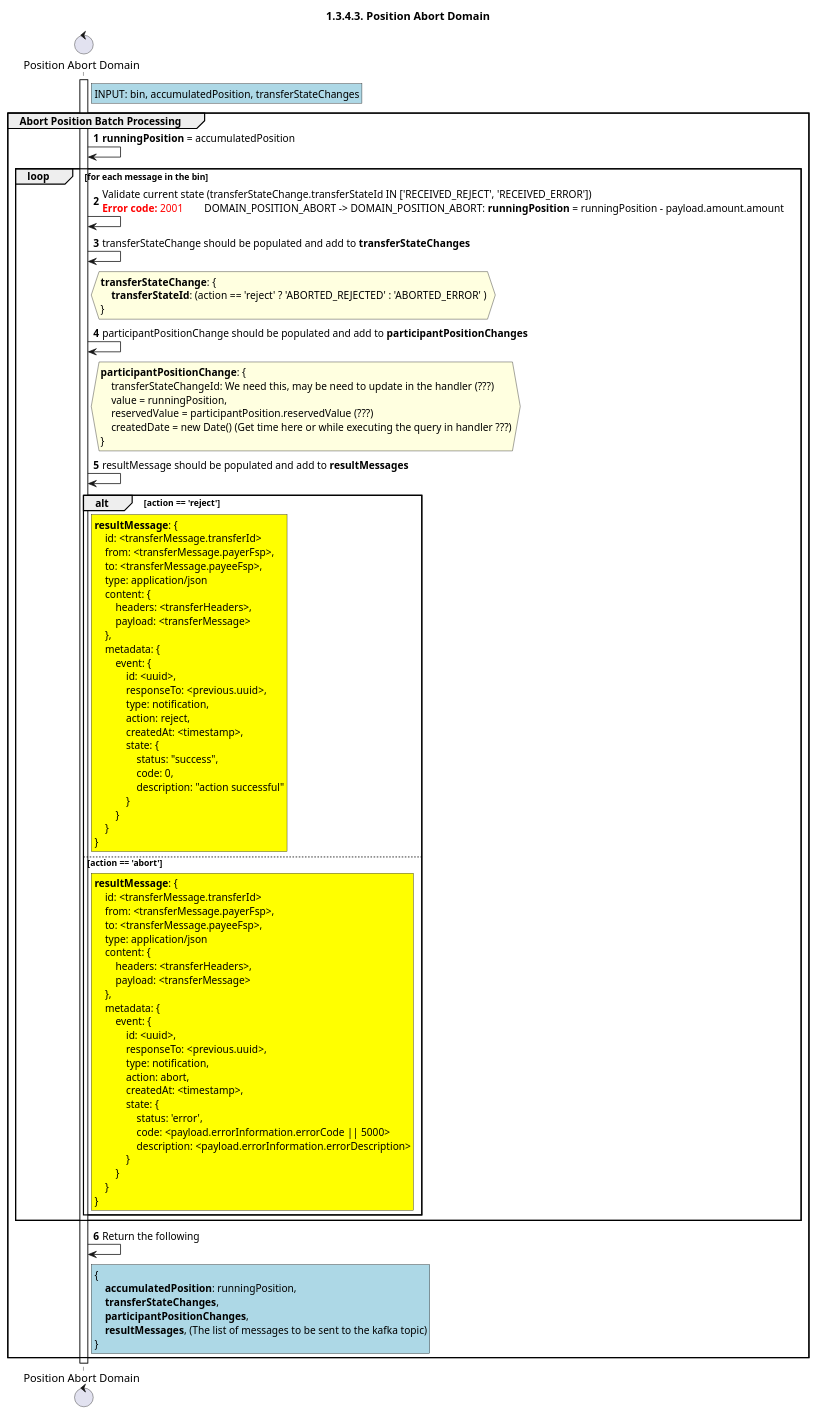
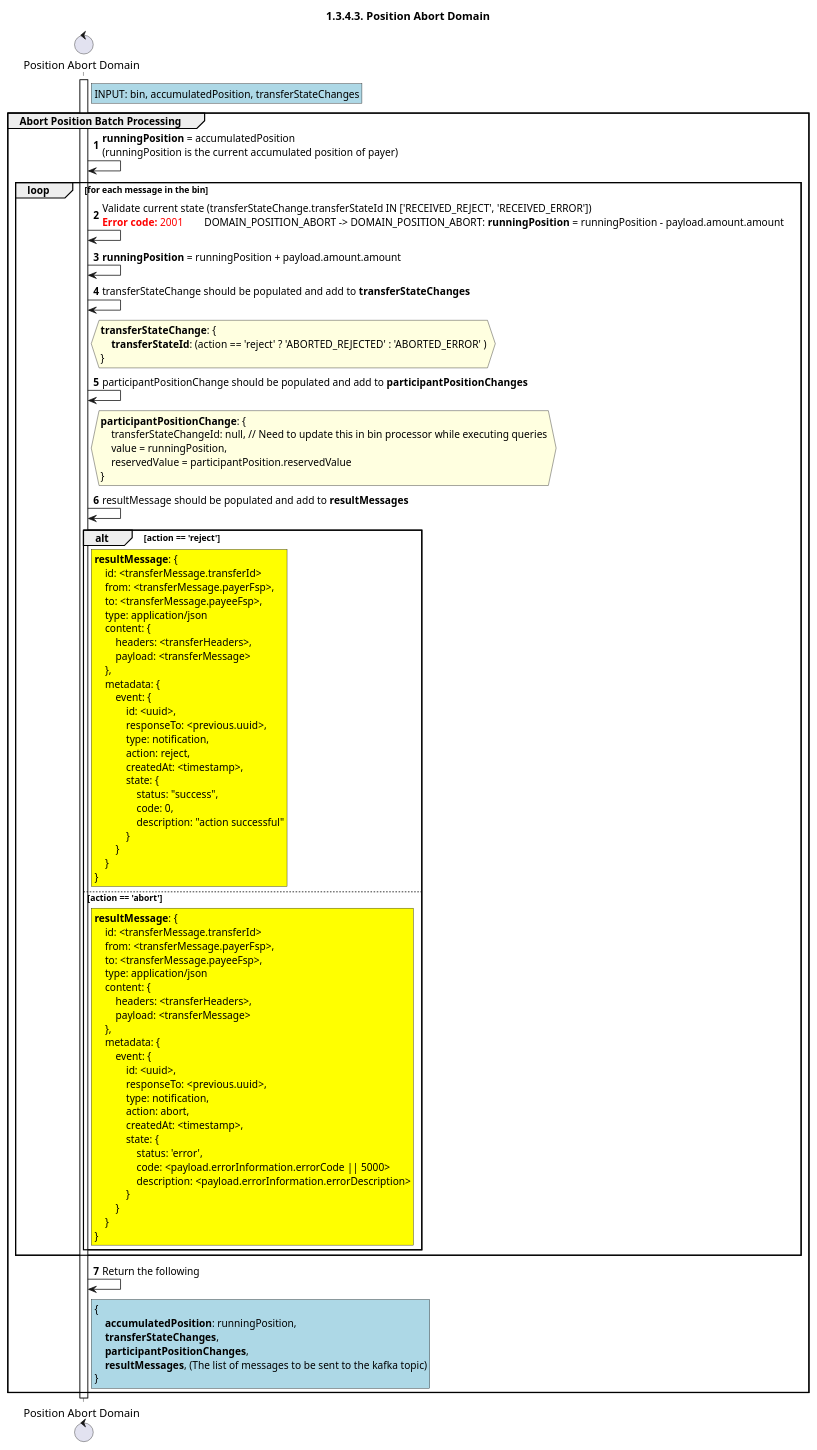
Before and after one commit to mojaloop/documentation: the diagram in docs/technical/central-ledger/assets/diagrams/sequence/seq-position-1.3.4.3-abort-domain.plantuml, drawn with PlantUML. The commit also changed 9 other files, not shown here.

Commit message:
feat: refined seq diagrams

```diff
--- a/docs/technical/central-ledger/assets/diagrams/sequence/seq-position-1.3.4.3-abort-domain.plantuml
+++ b/docs/technical/central-ledger/assets/diagrams/sequence/seq-position-1.3.4.3-abort-domain.plantuml
@@ -28,110 +28,110 @@
 @startuml
 ' declate title
 title 1.3.4.3. Position Abort Domain
 
 autonumber
 
 ' Actor Keys:
 '   boundary - APIs/Interfaces, etc
 '   collections - Kafka Topics
 '   control - Kafka Consumers
 '   entity - Database Access Objects
 '   database - Database Persistence Store
 
 ' declare actors
 control "Position Abort Domain" as DOMAIN_POSITION_ABORT
 
 ' start flow
 activate DOMAIN_POSITION_ABORT
 rnote right of DOMAIN_POSITION_ABORT #lightblue
     INPUT: bin, accumulatedPosition, transferStateChanges
 end note
 group Abort Position Batch Processing
-    DOMAIN_POSITION_ABORT -> DOMAIN_POSITION_ABORT: **runningPosition** = accumulatedPosition
+    DOMAIN_POSITION_ABORT -> DOMAIN_POSITION_ABORT: **runningPosition** = accumulatedPosition \n(runningPosition is the current accumulated position of payer)
     loop for each message in the bin
         DOMAIN_POSITION_ABORT -> DOMAIN_POSITION_ABORT: Validate current state (transferStateChange.transferStateId IN ['RECEIVED_REJECT', 'RECEIVED_ERROR'])\n<color #FF0000><b>Error code:</b> 2001</color>        DOMAIN_POSITION_ABORT -> DOMAIN_POSITION_ABORT: **runningPosition** = runningPosition - payload.amount.amount
+        DOMAIN_POSITION_ABORT -> DOMAIN_POSITION_ABORT: **runningPosition** = runningPosition + payload.amount.amount
         DOMAIN_POSITION_ABORT -> DOMAIN_POSITION_ABORT: transferStateChange should be populated and add to **transferStateChanges**
         hnote right of DOMAIN_POSITION_ABORT #lightyellow
             **transferStateChange**: {
                 **transferStateId**: (action == 'reject' ? 'ABORTED_REJECTED' : 'ABORTED_ERROR' )
             }
         end note
         DOMAIN_POSITION_ABORT -> DOMAIN_POSITION_ABORT: participantPositionChange should be populated and add to **participantPositionChanges**
         hnote right of DOMAIN_POSITION_ABORT #lightyellow
             **participantPositionChange**: {
-                transferStateChangeId: We need this, may be need to update in the handler (???)
+                transferStateChangeId: null, // Need to update this in bin processor while executing queries
                 value = runningPosition,
-                reservedValue = participantPosition.reservedValue (???)
-                createdDate = new Date() (Get time here or while executing the query in handler ???)
+                reservedValue = participantPosition.reservedValue
             }
         end note
         DOMAIN_POSITION_ABORT -> DOMAIN_POSITION_ABORT: resultMessage should be populated and add to **resultMessages**
         alt action == 'reject'
             rnote right of DOMAIN_POSITION_ABORT #yellow
                 **resultMessage**: {
                     id: <transferMessage.transferId>
                     from: <transferMessage.payerFsp>,
                     to: <transferMessage.payeeFsp>,
                     type: application/json
                     content: {
                         headers: <transferHeaders>,
                         payload: <transferMessage>
                     },
                     metadata: {
                         event: {
                             id: <uuid>,
                             responseTo: <previous.uuid>,
                             type: notification,
                             action: reject,
                             createdAt: <timestamp>,
                             state: {
                                 status: "success",
                                 code: 0,
                                 description: "action successful"
                             }
                         }
                     }
                 }
             end note
         else action == 'abort'
             rnote right of DOMAIN_POSITION_ABORT #yellow
                 **resultMessage**: {
                     id: <transferMessage.transferId>
                     from: <transferMessage.payerFsp>,
                     to: <transferMessage.payeeFsp>,
                     type: application/json
                     content: {
                         headers: <transferHeaders>,
                         payload: <transferMessage>
                     },
                     metadata: {
                         event: {
                             id: <uuid>,
                             responseTo: <previous.uuid>,
                             type: notification,
                             action: abort,
                             createdAt: <timestamp>,
                             state: {
                                 status: 'error',
                                 code: <payload.errorInformation.errorCode || 5000>
                                 description: <payload.errorInformation.errorDescription>
                             }
                         }
                     }
                 }
             end note
         end
     end
    
     DOMAIN_POSITION_ABORT -> DOMAIN_POSITION_ABORT: Return the following
     rnote right of DOMAIN_POSITION_ABORT #lightblue
     {
         **accumulatedPosition**: runningPosition,
         **transferStateChanges**,
         **participantPositionChanges**,
         **resultMessages**, (The list of messages to be sent to the kafka topic)
     }
     end note
 end
 deactivate DOMAIN_POSITION_ABORT
 @enduml
```
